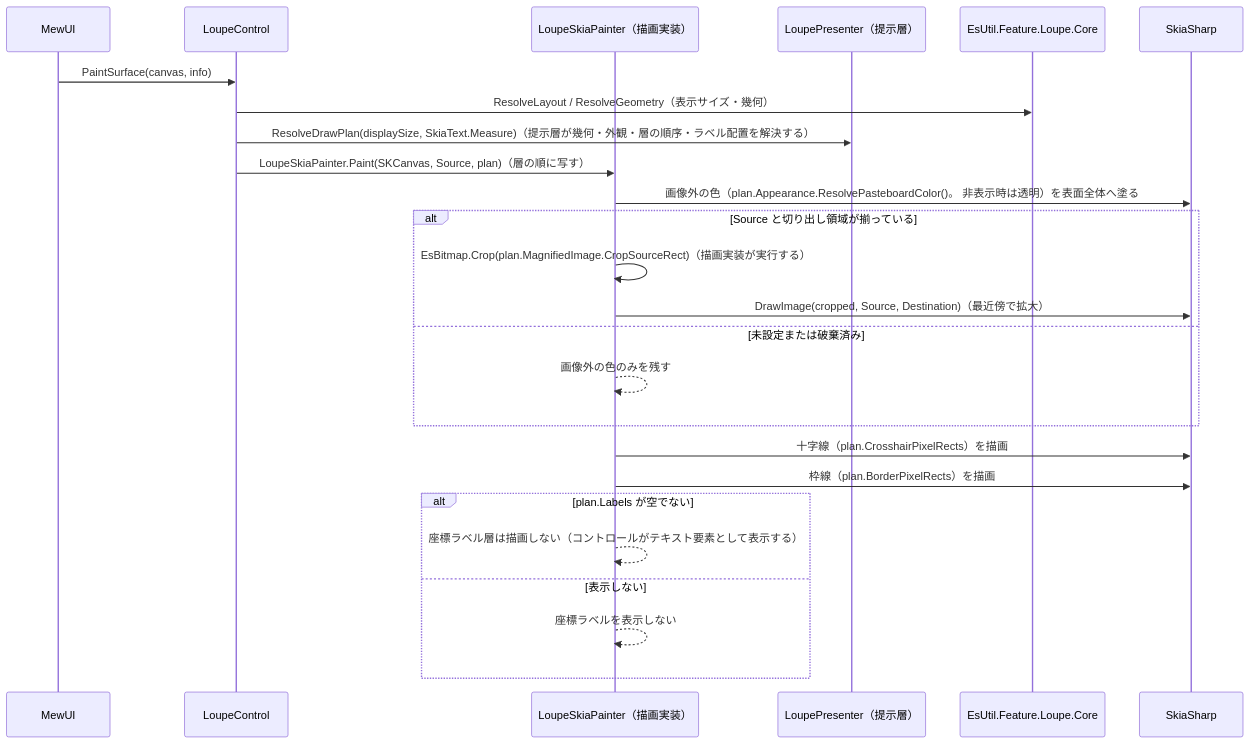
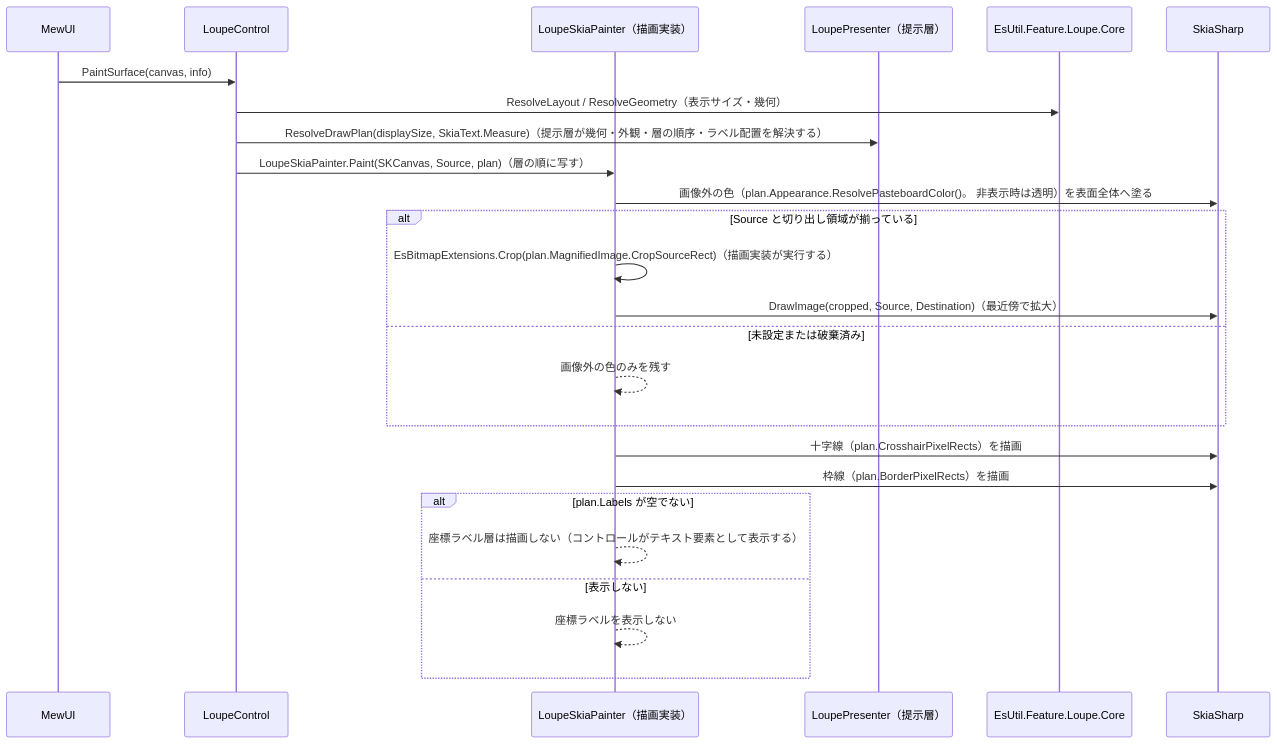
Before and after one commit to tomokuni/SaveEvidence: the second of 2 diagrams in src/EsUtil.Feature.Loupe.ControlMewUI/docs/SPEC_System.md, drawn with Mermaid. The commit also changed other lines of this file and 33 other files, not shown here.

````diff
--- a/src/EsUtil.Feature.Loupe.ControlMewUI/docs/SPEC_System.md
+++ b/src/EsUtil.Feature.Loupe.ControlMewUI/docs/SPEC_System.md
@@ -218,28 +218,28 @@
 ```mermaid
 sequenceDiagram
     participant MW as MewUI
     participant LC as LoupeControl
     participant R as LoupeSkiaPainter（描画実装）
     participant P as LoupePresenter（提示層）
     participant C as EsUtil.Feature.Loupe.Core
     participant SK as SkiaSharp
 
     MW->>LC: PaintSurface(canvas, info)
     LC->>C: ResolveLayout / ResolveGeometry（表示サイズ・幾何）
     LC->>P: ResolveDrawPlan(displaySize, SkiaText.Measure)（提示層が幾何・外観・層の順序・ラベル配置を解決する）
     LC->>R: LoupeSkiaPainter.Paint(SKCanvas, Source, plan)（層の順に写す）
     R->>SK: 画像外の色（plan.Appearance.ResolvePasteboardColor()。 非表示時は透明）を表面全体へ塗る
     alt Source と切り出し領域が揃っている
-        R->>R: EsBitmap.Crop(plan.MagnifiedImage.CropSourceRect)（描画実装が実行する）
+        R->>R: EsBitmapExtensions.Crop(plan.MagnifiedImage.CropSourceRect)（描画実装が実行する）
         R->>SK: DrawImage(cropped, Source, Destination)（最近傍で拡大）
     else 未設定または破棄済み
         R-->>R: 画像外の色のみを残す
     end
     R->>SK: 十字線（plan.CrosshairPixelRects）を描画
     R->>SK: 枠線（plan.BorderPixelRects）を描画
     alt plan.Labels が空でない
         R-->>R: 座標ラベル層は描画しない（コントロールがテキスト要素として表示する）
     else 表示しない
         R-->>R: 座標ラベルを表示しない
     end
 ```
````
